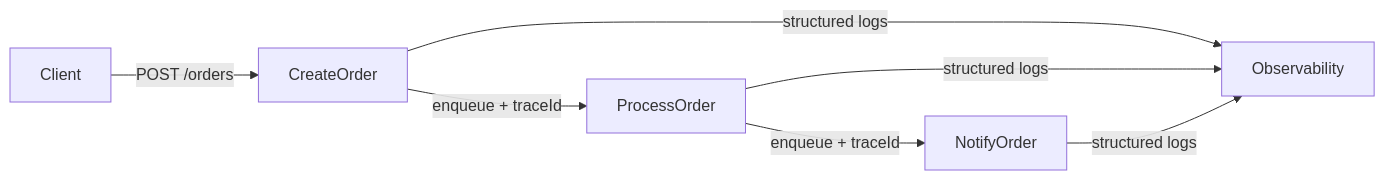
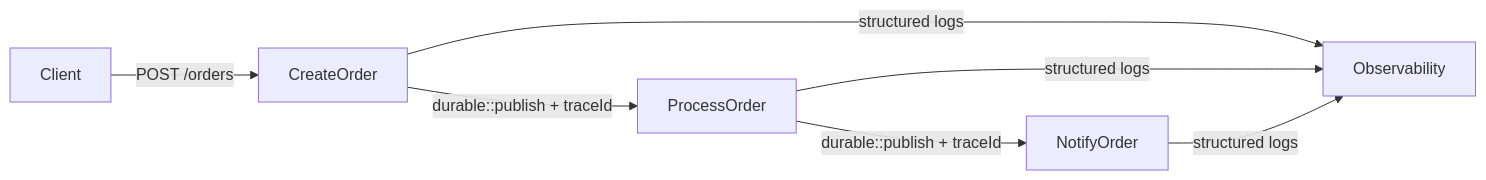
Before and after one commit to iii-hq/iii: the diagram in docs/examples/observability.mdx, drawn with Mermaid. The commit also changed 7 other files, not shown here.

First line of the commit message:
refactor: update references from enqueue to durable::publish across documentation

````diff
--- a/docs/examples/observability.mdx
+++ b/docs/examples/observability.mdx
@@ -8,7 +8,7 @@
 ```mermaid
 graph LR
     Client -->|"POST /orders"| CreateOrder
-    CreateOrder -->|"enqueue + traceId"| ProcessOrder
-    ProcessOrder -->|"enqueue + traceId"| NotifyOrder
+    CreateOrder -->|"durable::publish + traceId"| ProcessOrder
+    ProcessOrder -->|"durable::publish + traceId"| NotifyOrder
     CreateOrder & ProcessOrder & NotifyOrder -->|"structured logs"| Observability
 ```
````
